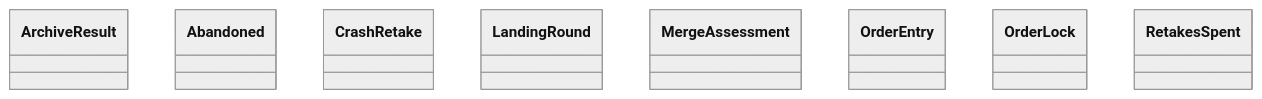
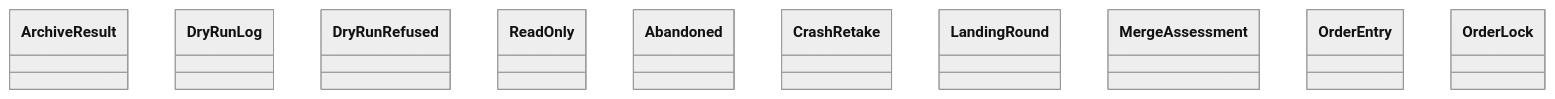
One commit to GonzaloZevallos/agentic-system changed the diagram in docs/architecture/generated/classes-process-application-lifecycle-1.md. Above: the diagram before and after it, drawn with Mermaid (neutral theme). The commit also changed 6 other files, not shown here.

First line of the commit message:
Add the read-only port proxy for a dry poll round

````diff
--- a/docs/architecture/generated/classes-process-application-lifecycle-1.md
+++ b/docs/architecture/generated/classes-process-application-lifecycle-1.md
@@ -18,11 +18,13 @@
 ```mermaid
 classDiagram
     class archive__ArchiveResult["ArchiveResult"]
+    class dry_run__DryRunLog["DryRunLog"]
+    class dry_run__DryRunRefused["DryRunRefused"]
+    class dry_run__ReadOnly["ReadOnly"]
     class poll__Abandoned["Abandoned"]
     class poll__CrashRetake["CrashRetake"]
     class poll__LandingRound["LandingRound"]
     class poll__MergeAssessment["MergeAssessment"]
     class poll__OrderEntry["OrderEntry"]
     class poll__OrderLock["OrderLock"]
-    class poll__RetakesSpent["RetakesSpent"]
 ```
````
